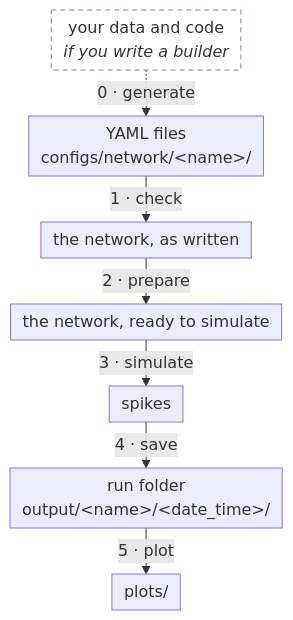
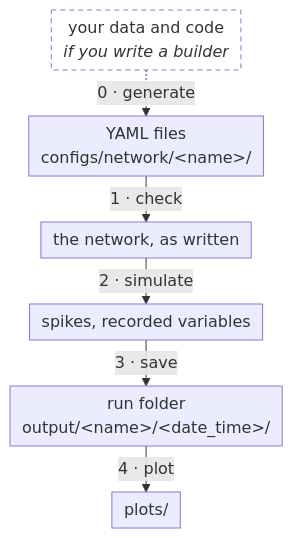
One commit to shimoura/microcircuit-lab changed the first of 2 diagrams in docs/workflow.md. Above: the diagram before and after it, drawn with Mermaid. The commit also changed other lines of this file and 31 other files, not shown here.

Commit message:
background generator at rate × indegree in the backends; prepare_network and load_network removed

````diff
--- a/docs/workflow.md
+++ b/docs/workflow.md
@@ -5,11 +5,10 @@
 ```mermaid
 %%{init: {"flowchart": {"rankSpacing": 22, "nodeSpacing": 20, "padding": 6, "wrappingWidth": 400}}}%%
 flowchart TD
   B["your data and code<br/><i>if you write a builder</i>"]:::opt -.->|"0 · generate"| Y
   Y["YAML files<br/>configs/network/&lt;name&gt;/"] -->|"1 · check"| W["the network, as written"]
-  W -->|"2 · prepare"| P["the network, ready to simulate"]
-  P -->|"3 · simulate"| K["spikes"]
-  K -->|"4 · save"| R["run folder<br/>output/&lt;name&gt;/&lt;date_time&gt;/"]
-  R -->|"5 · plot"| G["plots/"]
+  W -->|"2 · simulate"| K["spikes, recorded variables"]
+  K -->|"3 · save"| R["run folder<br/>output/&lt;name&gt;/&lt;date_time&gt;/"]
+  R -->|"4 · plot"| G["plots/"]
   classDef opt stroke-dasharray: 5 4,fill:#ffffff
 ```
````
